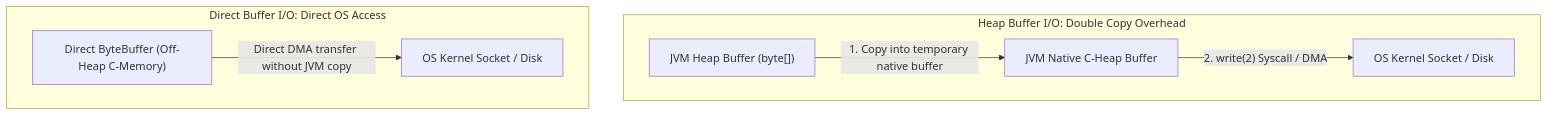
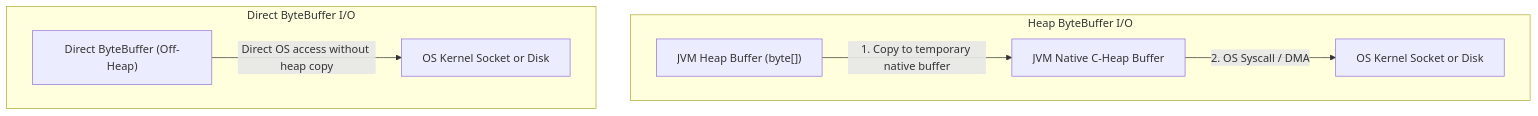
One commit to ravishankar2463/java_hub changed the third of 5 diagrams in content/roadmap/level-2/io-and-nio2.md. Above: the diagram before and after it, drawn with Mermaid. The commit also changed other lines of this file and 119 other files, not shown here.

Commit message:
feat: add comprehensive java learning roadmap content across multiple levels

````diff
--- a/content/roadmap/level-2/io-and-nio2.md
+++ b/content/roadmap/level-2/io-and-nio2.md
@@ -145,11 +295,11 @@
 ```mermaid
 flowchart TD
-    subgraph HeapFlow ["Heap Buffer I/O: Double Copy Overhead"]
-        Heap["JVM Heap Buffer (byte[])"] -->|"1. Copy into temporary native buffer"| TempNative["JVM Native C-Heap Buffer"]
-        TempNative -->|"2. write(2) Syscall / DMA"| KernelSock["OS Kernel Socket / Disk"]
+    subgraph HeapFlow ["Heap ByteBuffer I/O"]
+        Heap["JVM Heap Buffer (byte[])"] -->|"1. Copy to temporary native buffer"| TempNative["JVM Native C-Heap Buffer"]
+        TempNative -->|"2. OS Syscall / DMA"| KernelSock["OS Kernel Socket or Disk"]
     end
 
-    subgraph DirectFlow ["Direct Buffer I/O: Direct OS Access"]
-        Direct["Direct ByteBuffer (Off-Heap C-Memory)"] -->|"Direct DMA transfer without JVM copy"| KernelDirect["OS Kernel Socket / Disk"]
+    subgraph DirectFlow ["Direct ByteBuffer I/O"]
+        Direct["Direct ByteBuffer (Off-Heap)"] -->|"Direct OS access without heap copy"| KernelDirect["OS Kernel Socket or Disk"]
     end
 ```
````
